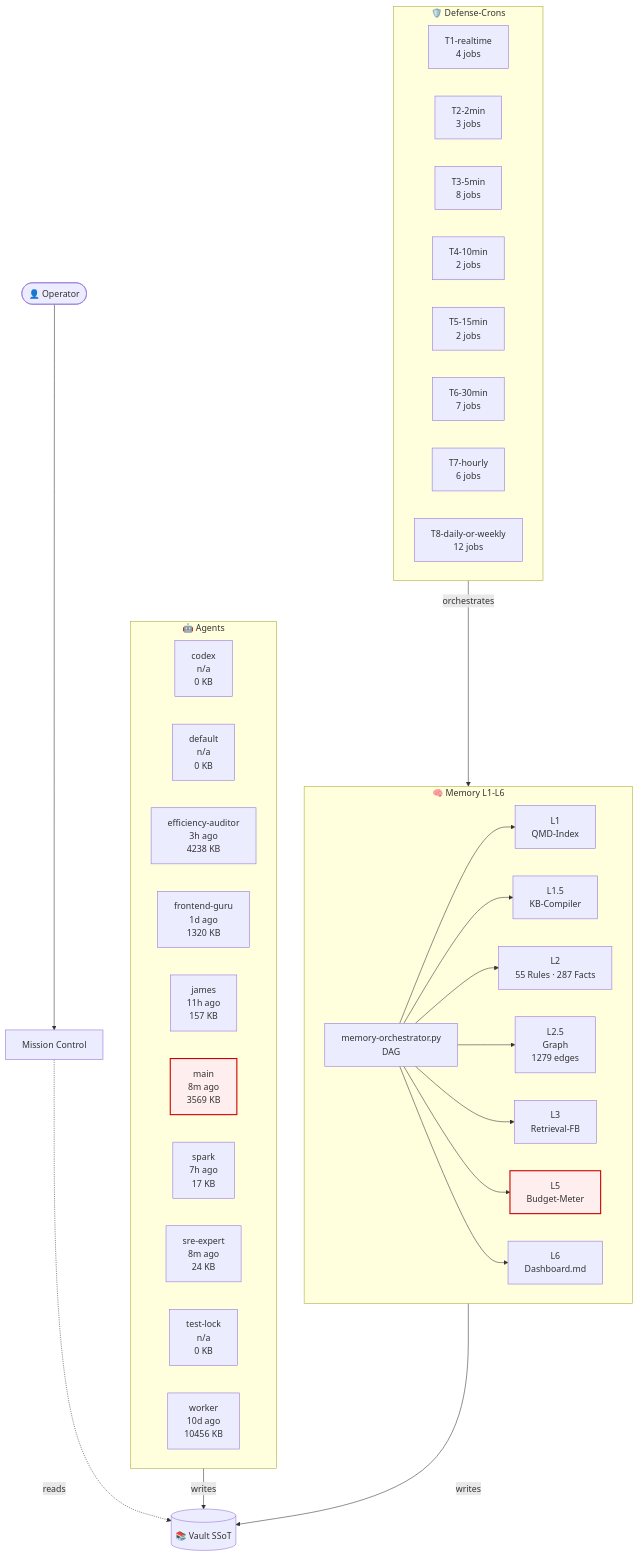
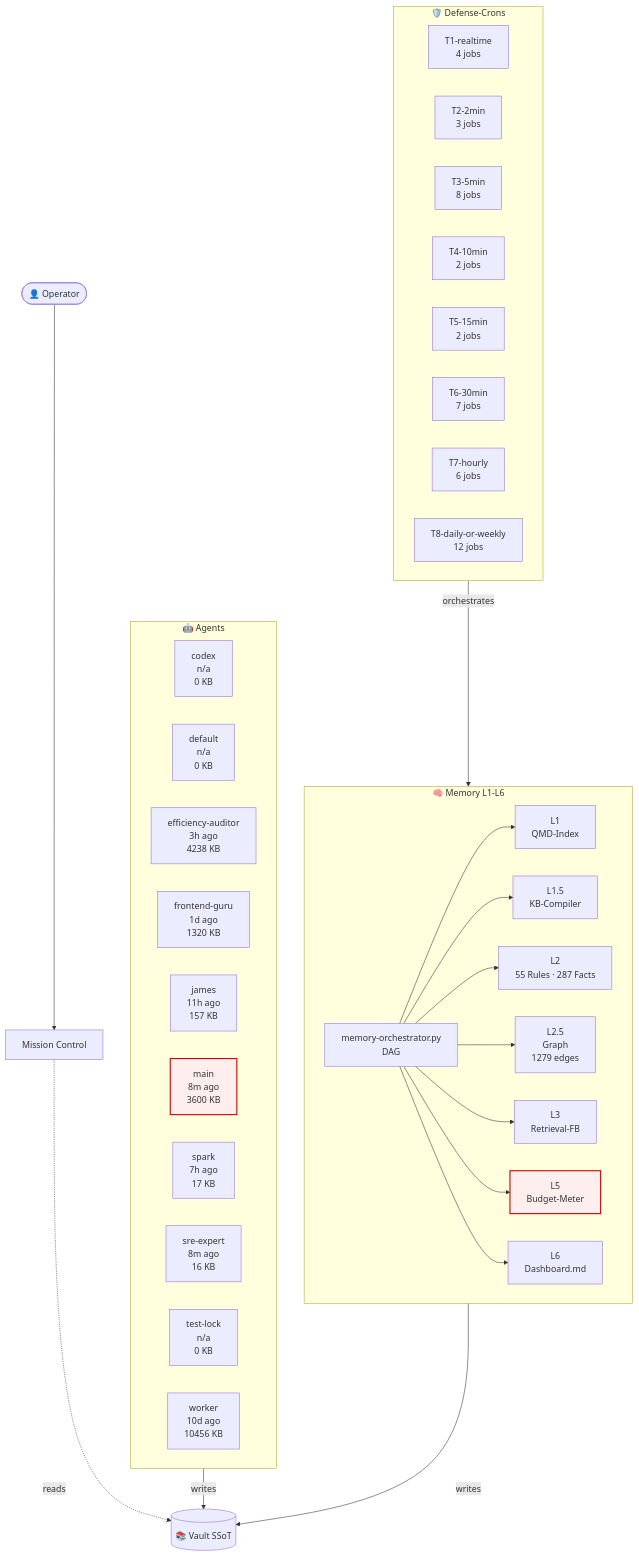
The diagram in 03-Agents/architecture-live.md (lenardhuebner88-rgb/openclaw-memory), drawn with Mermaid before and after one commit. The commit also changed other lines of this file and 7 other files, not shown here.

````diff
--- a/03-Agents/architecture-live.md
+++ b/03-Agents/architecture-live.md
@@ -18,53 +18,53 @@
 ```mermaid
 flowchart TB
     classDef critical fill:#fee,stroke:#c00,stroke-width:2px;
     subgraph AGT["🤖 Agents"]
         agent_codex["codex<br/>n/a<br/>0 KB"]
         agent_default["default<br/>n/a<br/>0 KB"]
         agent_efficiency_auditor["efficiency-auditor<br/>3h ago<br/>4238 KB"]
         agent_frontend_guru["frontend-guru<br/>1d ago<br/>1320 KB"]
         agent_james["james<br/>11h ago<br/>157 KB"]
-        agent_main["main<br/>8m ago<br/>3569 KB"]
+        agent_main["main<br/>8m ago<br/>3600 KB"]
         agent_spark["spark<br/>7h ago<br/>17 KB"]
-        agent_sre_expert["sre-expert<br/>8m ago<br/>24 KB"]
+        agent_sre_expert["sre-expert<br/>8m ago<br/>16 KB"]
         agent_test_lock["test-lock<br/>n/a<br/>0 KB"]
         agent_worker["worker<br/>10d ago<br/>10456 KB"]
     end
     subgraph MEM["🧠 Memory L1-L6"]
         L1["L1<br/>QMD-Index"]
         L15["L1.5<br/>KB-Compiler"]
         L2["L2<br/>55 Rules · 287 Facts"]
         L25["L2.5<br/>Graph<br/>1279 edges"]
         L3["L3<br/>Retrieval-FB"]
         L5["L5<br/>Budget-Meter"]
         L6["L6<br/>Dashboard.md"]
         ORCH["memory-orchestrator.py<br/>DAG"]
     end
     subgraph CRN["🛡️ Defense-Crons"]
         tier_T1_realtime["T1-realtime<br/>4 jobs"]
         tier_T2_2min["T2-2min<br/>3 jobs"]
         tier_T3_5min["T3-5min<br/>8 jobs"]
         tier_T4_10min["T4-10min<br/>2 jobs"]
         tier_T5_15min["T5-15min<br/>2 jobs"]
         tier_T6_30min["T6-30min<br/>7 jobs"]
         tier_T7_hourly["T7-hourly<br/>6 jobs"]
         tier_T8_daily_or_weekly["T8-daily-or-weekly<br/>12 jobs"]
     end
     VAULT[("📚 Vault SSoT")]
     OP([👤 Operator])
     MC["Mission Control"]
     OP --> MC
     MC -.reads.-> VAULT
     AGT -->|writes| VAULT
     MEM -->|writes| VAULT
     ORCH --> L1
     ORCH --> L15
     ORCH --> L2
     ORCH --> L25
     ORCH --> L3
     ORCH --> L5
     ORCH --> L6
     CRN -->|orchestrates| MEM
     class L5 critical
     class agent_main critical
 ```
````
